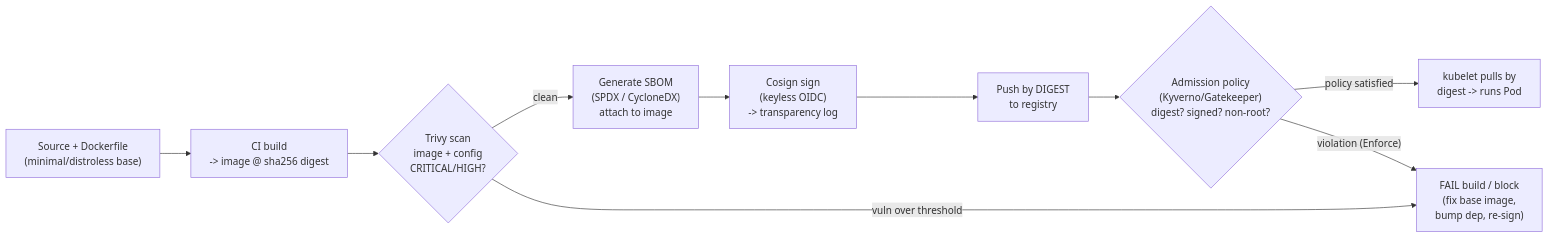
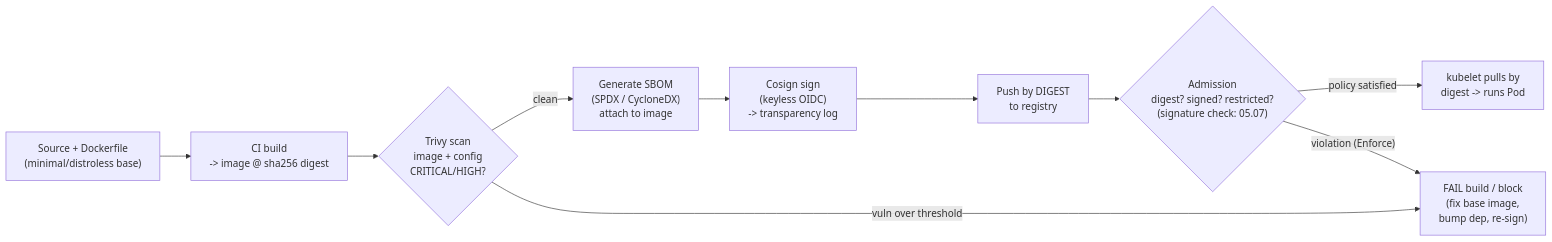
One commit to abd-ulbasit/bookstore-kubernetes-guide changed the diagram in full-guide/05-security/03-supply-chain.md. Above: the diagram before and after it, drawn with Mermaid. The commit also changed other lines of this file and 3 other files, not shown here.

````diff
--- a/full-guide/05-security/03-supply-chain.md
+++ b/full-guide/05-security/03-supply-chain.md
@@ -64,18 +80,18 @@
 ```mermaid
 flowchart LR
     src["Source + Dockerfile<br/>(minimal/distroless base)"]
     build["CI build<br/>-> image @ sha256 digest"]
     scan{"Trivy scan<br/>image + config<br/>CRITICAL/HIGH?"}
     sbom["Generate SBOM<br/>(SPDX / CycloneDX)<br/>attach to image"]
     sign["Cosign sign<br/>(keyless OIDC)<br/>-> transparency log"]
     push["Push by DIGEST<br/>to registry"]
-    adm{"Admission policy<br/>(Kyverno/Gatekeeper)<br/>digest? signed? non-root?"}
+    adm{"Admission<br/>digest? signed? restricted?<br/>(signature check: 05.07)"}
     run["kubelet pulls by<br/>digest -> runs Pod"]
     fail["FAIL build / block<br/>(fix base image,<br/>bump dep, re-sign)"]
 
     src --> build --> scan
     scan -- "clean" --> sbom --> sign --> push --> adm
     scan -- "vuln over threshold" --> fail
     adm -- "policy satisfied" --> run
     adm -- "violation (Enforce)" --> fail
 ```
````
